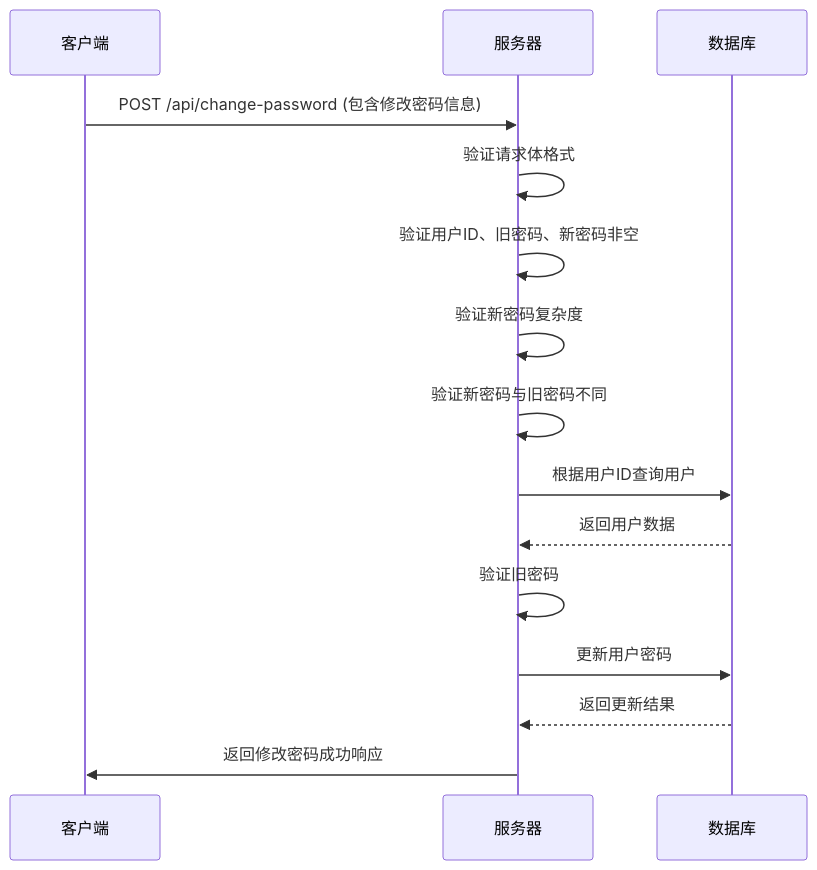
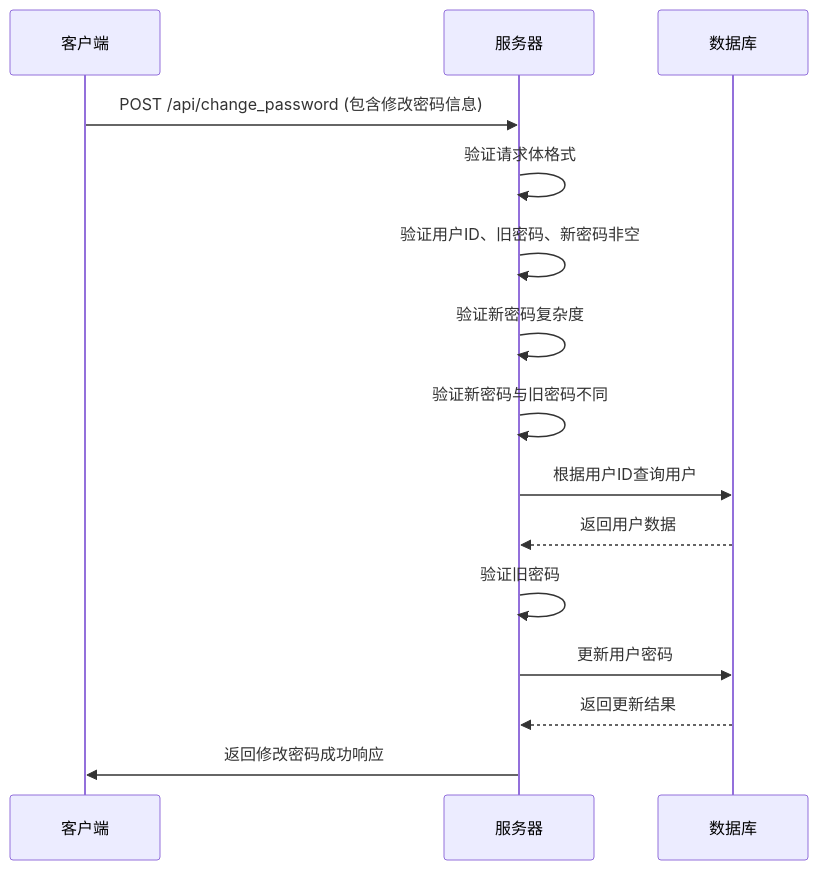
One commit to qicosmos/purecpp changed the third of 6 diagrams in docs/user_manage.md. Above: the diagram before and after it, drawn with Mermaid. The commit also changed other lines of this file and 19 other files, not shown here.

````diff
--- a/docs/user_manage.md
+++ b/docs/user_manage.md
@@ -353,18 +353,18 @@
 ```mermaid
 sequenceDiagram
     participant Client as 客户端
     participant Server as 服务器
     participant DB as 数据库
     
-    Client->>Server: POST /api/change-password (包含修改密码信息)
+    Client->>Server: POST /api/change_password (包含修改密码信息)
     Server->>Server: 验证请求体格式
     Server->>Server: 验证用户ID、旧密码、新密码非空
     Server->>Server: 验证新密码复杂度
     Server->>Server: 验证新密码与旧密码不同
     Server->>DB: 根据用户ID查询用户
     DB-->>Server: 返回用户数据
     Server->>Server: 验证旧密码
     Server->>DB: 更新用户密码
     DB-->>Server: 返回更新结果
     Server->>Client: 返回修改密码成功响应
 ```
````
